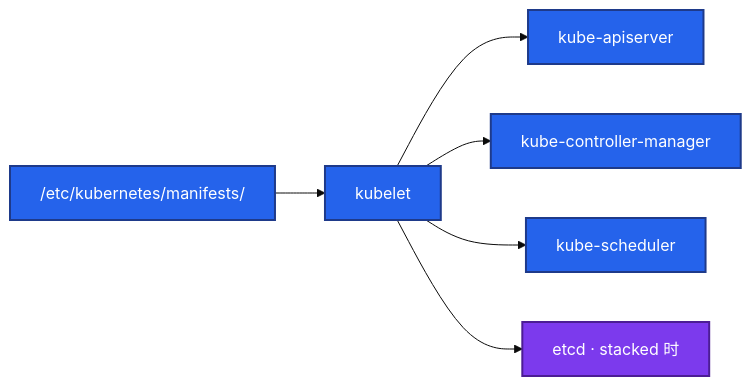
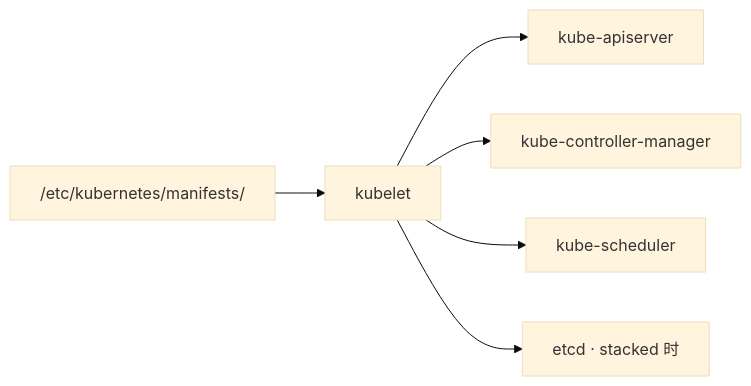
One commit to ml-cuizijun/LearnToLilith changed the sixth of 7 diagrams in 04-Kubernetes/01-集群架构/知识点.md. Above: the diagram before and after it, drawn with Mermaid (base theme). The commit also changed other lines of this file and 107 other files, not shown here.

````diff
--- a/04-Kubernetes/01-集群架构/知识点.md
+++ b/04-Kubernetes/01-集群架构/知识点.md
@@ -450,13 +482,9 @@
 ```mermaid
 flowchart LR
     dir["/etc/kubernetes/manifests/"] --> kl[kubelet]
     kl --> apip[kube-apiserver]
     kl --> cmp[kube-controller-manager]
     kl --> schp[kube-scheduler]
     kl --> etcdp[etcd · stacked 时]
 
-    classDef a fill:#2563EB,stroke:#1E3A8A,stroke-width:2px,color:#fff
-    classDef b fill:#7C3AED,stroke:#4C1D95,stroke-width:2px,color:#fff
-    class dir,kl,apip,cmp,schp a
-    class etcdp b
 ```
````
